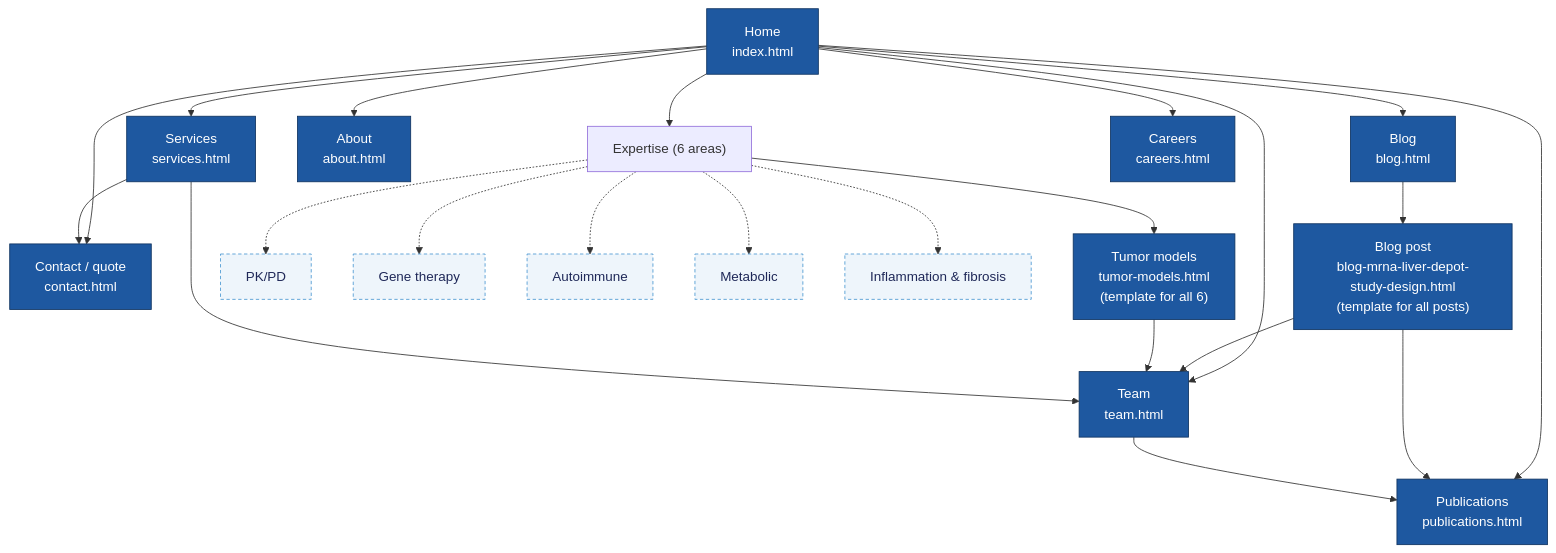
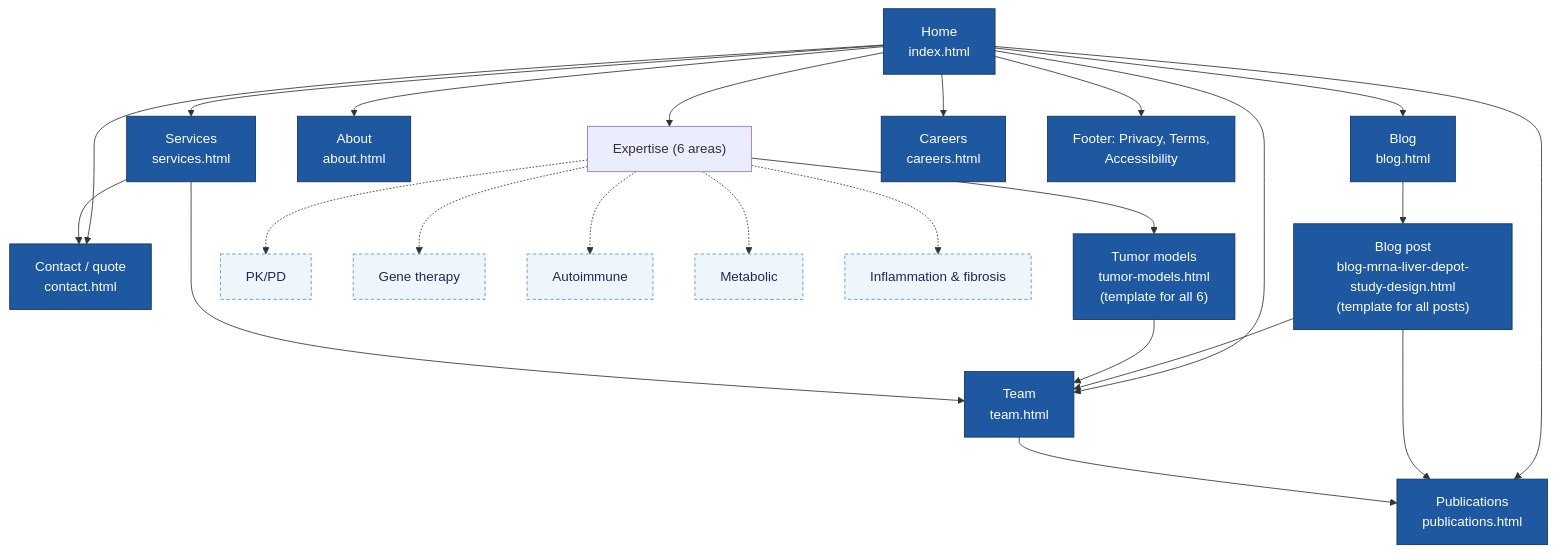
The second of 8 diagrams in README.md (CptNope/Alpha-Preclinical), drawn with Mermaid before and after one commit. The commit also changed other lines of this file and 32 other files, not shown here.

First line of the commit message:
WCAG 2.1 AA audit fixes; add Privacy, Terms and Accessibility pages

````diff
--- a/README.md
+++ b/README.md
@@ -64,32 +65,33 @@
 ```mermaid
 flowchart TD
     H["Home<br/>index.html"]
     H --> EX["Expertise (6 areas)"]
     H --> SV["Services<br/>services.html"]
     H --> AB["About<br/>about.html"]
     H --> TM["Team<br/>team.html"]
     H --> PB["Publications<br/>publications.html"]
     H --> BL["Blog<br/>blog.html"]
     H --> CA["Careers<br/>careers.html"]
     H --> CO["Contact / quote<br/>contact.html"]
+    H --> LG["Footer: Privacy, Terms,<br/>Accessibility"]
 
     EX --> TU["Tumor models<br/>tumor-models.html<br/>(template for all 6)"]
     EX -.-> X1["PK/PD"]
     EX -.-> X2["Gene therapy"]
     EX -.-> X3["Autoimmune"]
     EX -.-> X4["Metabolic"]
     EX -.-> X5["Inflammation & fibrosis"]
 
     BL --> BP["Blog post<br/>blog-mrna-liver-depot-study-design.html<br/>(template for all posts)"]
     BP --> PB
     BP --> TM
     TM --> PB
     TU --> TM
     SV --> TM
     SV --> CO
 
     classDef built fill:#1E58A0,color:#fff,stroke:#0F3360
     classDef todo fill:#EEF5FB,color:#1F2858,stroke:#4B98D2,stroke-dasharray:4 3
-    class H,SV,AB,TM,PB,BL,CA,CO,TU,BP built
+    class H,SV,AB,TM,PB,BL,CA,CO,TU,BP,LG built
     class X1,X2,X3,X4,X5 todo
 ```
````
